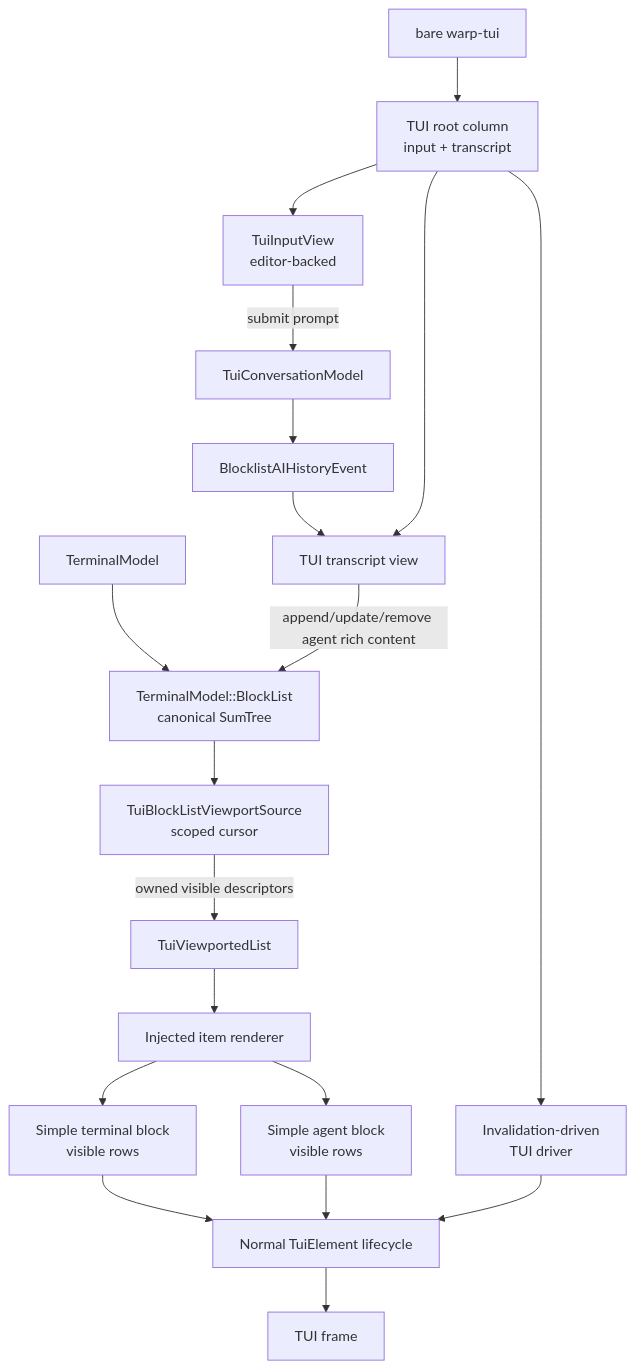
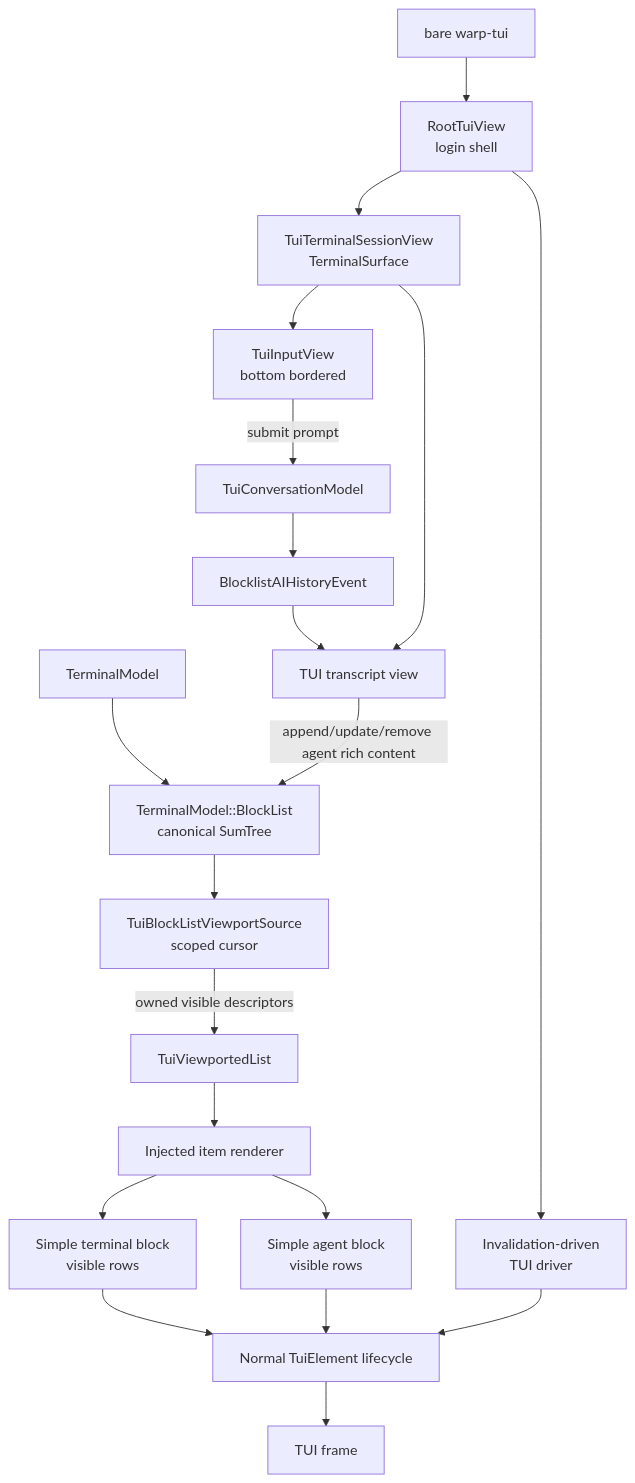
Before and after one commit to warpdotdev/warp: the diagram in specs/tui-transcript-view/TECH.md, drawn with Mermaid. The commit also changed other lines of this file and 11 other files, not shown here.

Commit message:
split out root tui view and deete unnecessary streaming stuff

````diff
--- a/specs/tui-transcript-view/TECH.md
+++ b/specs/tui-transcript-view/TECH.md
@@ -96,21 +97,22 @@
 ```mermaid
 flowchart TD
-  Init["bare warp-tui"] --> Root["TUI root column<br/>input + transcript"]
+  Init["bare warp-tui"] --> Root["RootTuiView<br/>login shell"]
   Root --> Driver["Invalidation-driven<br/>TUI driver"]
-  Root --> Input["TuiInputView<br/>editor-backed"]
+  Root --> Session["TuiTerminalSessionView<br/>TerminalSurface"]
+  Session --> Input["TuiInputView<br/>bottom bordered"]
   Input -->|submit prompt| Conversation["TuiConversationModel"]
   Conversation --> History
   History["BlocklistAIHistoryEvent"] --> Transcript["TUI transcript view"]
-  Root --> Transcript
+  Session --> Transcript
   TerminalModel --> BlockList["TerminalModel::BlockList<br/>canonical SumTree"]
   Transcript -->|append/update/remove agent rich content| BlockList
   BlockList --> Index["TuiBlockListViewportSource<br/>scoped cursor"]
   Index -->|owned visible descriptors| Viewport["TuiViewportedList"]
   Viewport --> Render["Injected item renderer"]
   Render --> Terminal["Simple terminal block<br/>visible rows"]
   Render --> Agent["Simple agent block<br/>visible rows"]
   Terminal --> Presenter["Normal TuiElement lifecycle"]
   Agent --> Presenter
   Presenter --> Frame["TUI frame"]
   Driver --> Presenter
 ```
````
